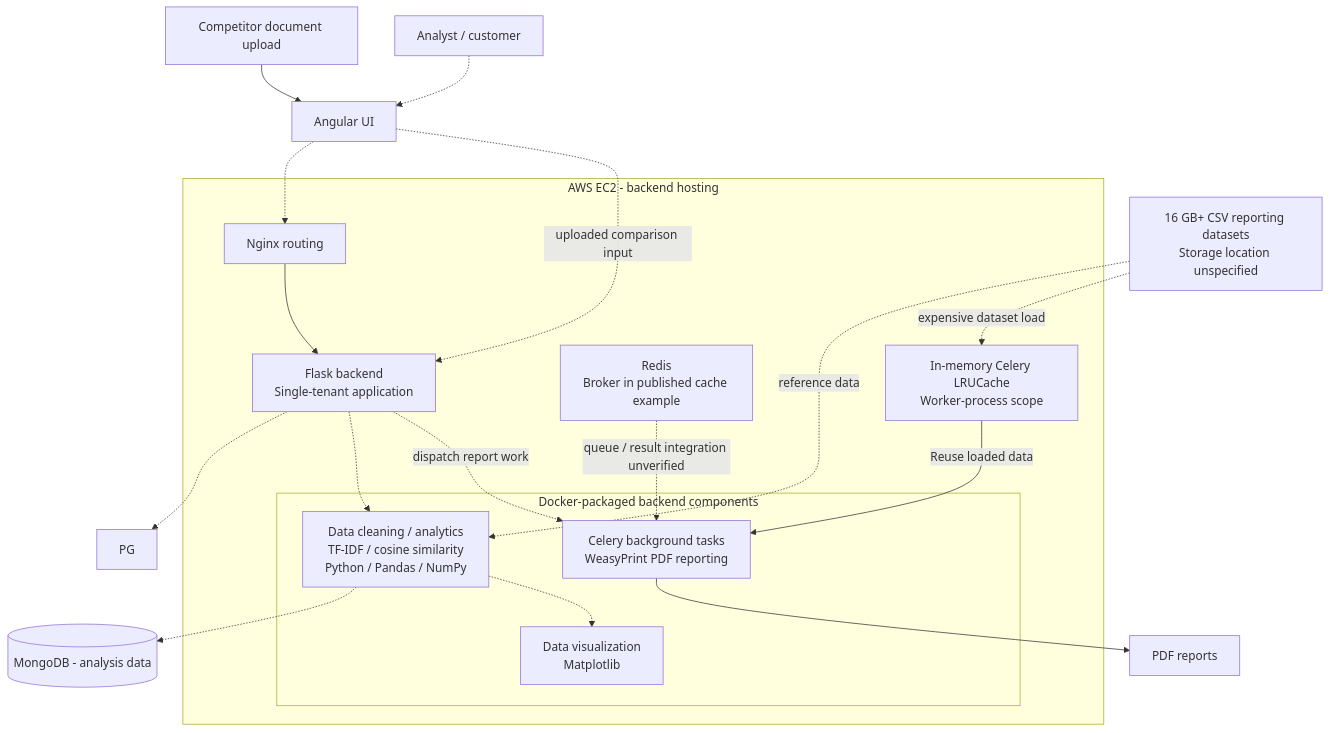
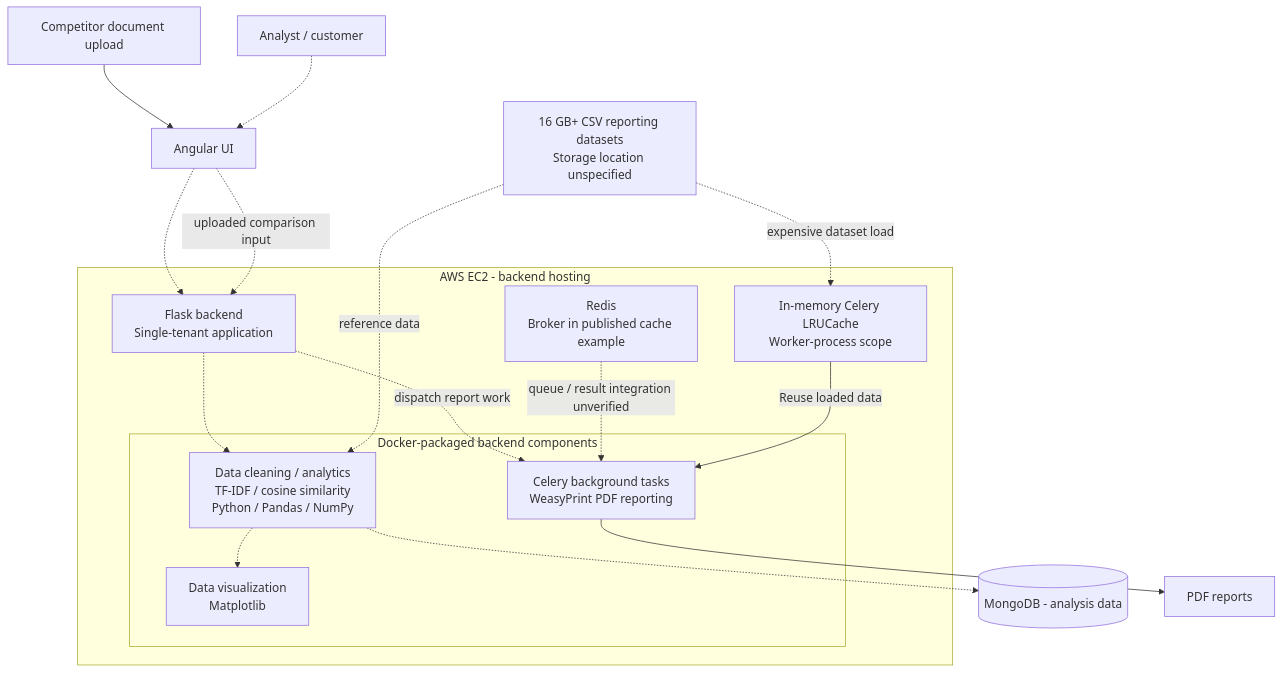
One commit to MerinRose123/InterviewPrep changed the first of 2 diagrams in Projects/Gordian/Interview_Guide.md. Above: the diagram before and after it, drawn with Mermaid. The commit also changed other lines of this file, not shown here.

Commit message:
Remove unconfirmed Nginx claims from Gordian project

````diff
--- a/Projects/Gordian/Interview_Guide.md
+++ b/Projects/Gordian/Interview_Guide.md
@@ -33,36 +33,33 @@
 ```mermaid
 flowchart TB
     USER[Analyst / customer]
     UI[Angular UI]
     subgraph EC2["AWS EC2 - backend hosting"]
-        NGINX[Nginx routing]
         API["Flask backend\nSingle-tenant application"]
         subgraph CONTAINERS["Docker-packaged backend components"]
             ANALYSIS["Data cleaning / analytics\nTF-IDF / cosine similarity\nPython / Pandas / NumPy"]
             CHARTS["Data visualization\nMatplotlib"]
             WORKER["Celery background tasks\nWeasyPrint PDF reporting"]
         end
         REDIS["Redis\nBroker in published cache example"]
         CACHE["In-memory Celery LRUCache\nWorker-process scope"]
     end
     
     MONGO[(MongoDB - analysis data)]
     INPUT["16 GB+ CSV reporting datasets\nStorage location unspecified"]
     PDF[PDF reports]
     COMPETITOR[Competitor document upload]
     COMPETITOR --> UI
     USER -.-> UI
-    UI -.-> NGINX
-    NGINX --> API
-    API -.-> PG
+    UI -.-> API
     API -.-> ANALYSIS
     ANALYSIS -.-> MONGO
     ANALYSIS -.-> CHARTS
     API -. dispatch report work .-> WORKER
     REDIS -. queue / result integration unverified .-> WORKER
     INPUT -. reference data .-> ANALYSIS
     UI -. uploaded comparison input .-> API
     INPUT -. expensive dataset load .-> CACHE
     CACHE -->|Reuse loaded data| WORKER
     WORKER --> PDF
 ```
````
